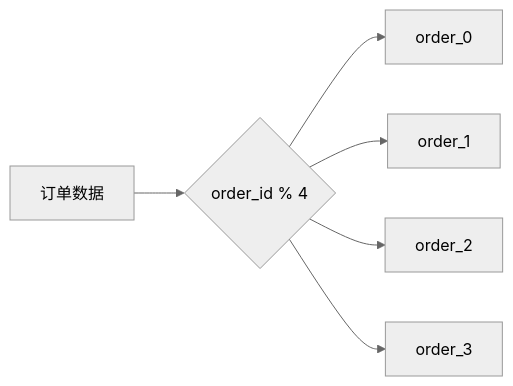
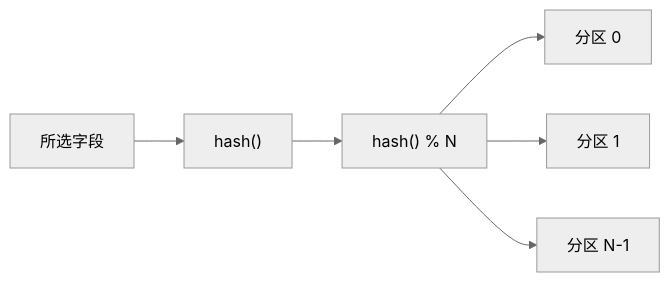
One commit to crashingby/homepage changed diagram 18 of 40 in src/content/blog/Software-Construction/Chap09.md. Above: the diagram before and after it, drawn with Mermaid (neutral theme). The commit also changed other lines of this file and 6 other files, not shown here.

````diff
--- a/src/content/blog/Software-Construction/Chap09.md
+++ b/src/content/blog/Software-Construction/Chap09.md
@@ -430,8 +596,8 @@
 ```mermaid
 flowchart LR
-  A["订单数据"] --> B{"order_id % 4"}
-  B --> C["order_0"]
-  B --> D["order_1"]
-  B --> E["order_2"]
-  B --> F["order_3"]
+  Field["所选字段"] --> Hash["hash()"]
+  Hash --> Mod["hash() % N"]
+  Mod --> P0["分区 0"]
+  Mod --> P1["分区 1"]
+  Mod --> PN["分区 N-1"]
 ```
````
